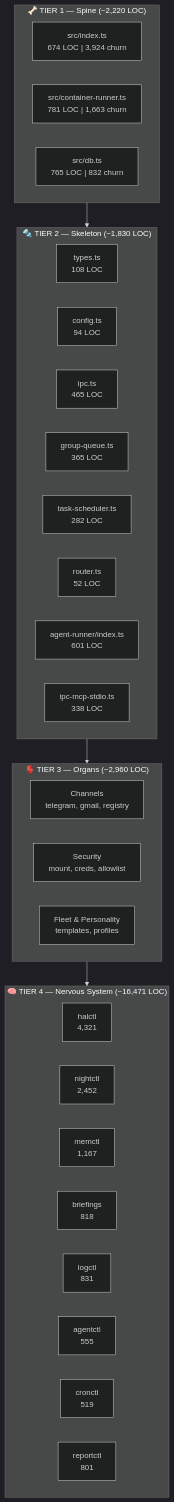
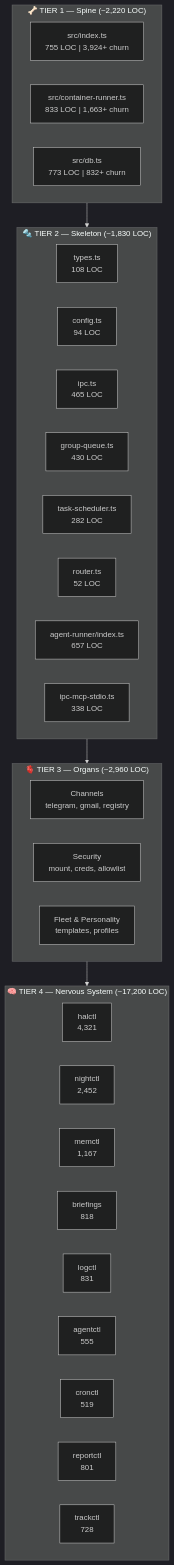
One commit to rickhallett/halo changed the first of 5 diagrams in docs/d1/walkthrough/010-exploration-map.md. Above: the diagram before and after it, drawn with Mermaid (dark theme). The commit also changed other lines of this file and 10 other files, not shown here.

First line of the commit message:
docs: walkthrough drift audit + system schematic in CLAUDE.md

````diff
--- a/docs/d1/walkthrough/010-exploration-map.md
+++ b/docs/d1/walkthrough/010-exploration-map.md
@@ -16,44 +16,45 @@
 ```mermaid
 flowchart TB
     subgraph T1["🦴 TIER 1 — Spine (~2,220 LOC)"]
         direction LR
-        S1["src/index.ts\n674 LOC | 3,924 churn"]
-        S2["src/container-runner.ts\n781 LOC | 1,663 churn"]
-        S3["src/db.ts\n765 LOC | 832 churn"]
+        S1["src/index.ts\n755 LOC | 3,924+ churn"]
+        S2["src/container-runner.ts\n833 LOC | 1,663+ churn"]
+        S3["src/db.ts\n773 LOC | 832+ churn"]
     end
 
     subgraph T2["🔩 TIER 2 — Skeleton (~1,830 LOC)"]
         direction LR
         K1["types.ts\n108 LOC"]
         K2["config.ts\n94 LOC"]
         K3["ipc.ts\n465 LOC"]
-        K4["group-queue.ts\n365 LOC"]
+        K4["group-queue.ts\n430 LOC"]
         K5["task-scheduler.ts\n282 LOC"]
         K6["router.ts\n52 LOC"]
-        K7["agent-runner/index.ts\n601 LOC"]
+        K7["agent-runner/index.ts\n657 LOC"]
         K8["ipc-mcp-stdio.ts\n338 LOC"]
     end
 
     subgraph T3["🫀 TIER 3 — Organs (~2,960 LOC)"]
         direction LR
         O1["Channels\ntelegram, gmail, registry"]
         O2["Security\nmount, creds, allowlist"]
         O3["Fleet & Personality\ntemplates, profiles"]
     end
 
-    subgraph T4["🧠 TIER 4 — Nervous System (~16,471 LOC)"]
+    subgraph T4["🧠 TIER 4 — Nervous System (~17,200 LOC)"]
         direction LR
         N1["halctl\n4,321"]
         N2["nightctl\n2,452"]
         N3["memctl\n1,167"]
         N4["briefings\n818"]
         N5["logctl\n831"]
         N6["agentctl\n555"]
         N7["cronctl\n519"]
         N8["reportctl\n801"]
+        N9["trackctl\n728"]
     end
 
     T1 --> T2
     T2 --> T3
     T3 --> T4
 ```
````
